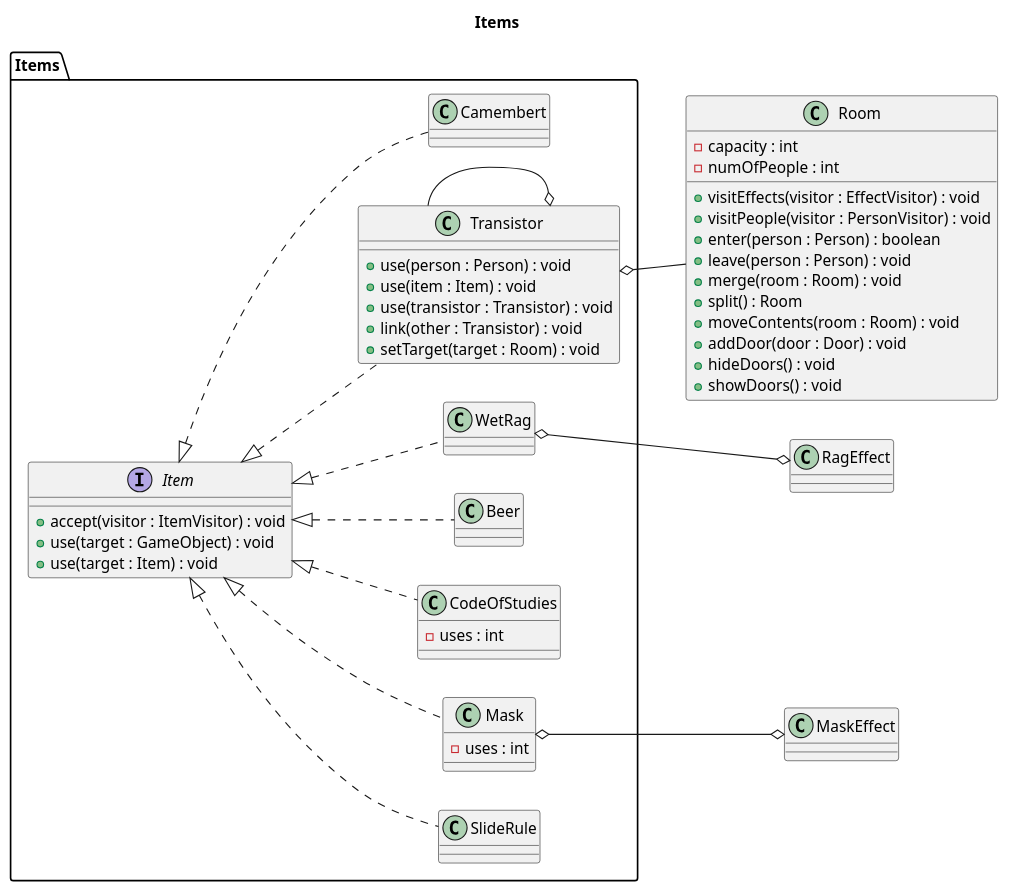
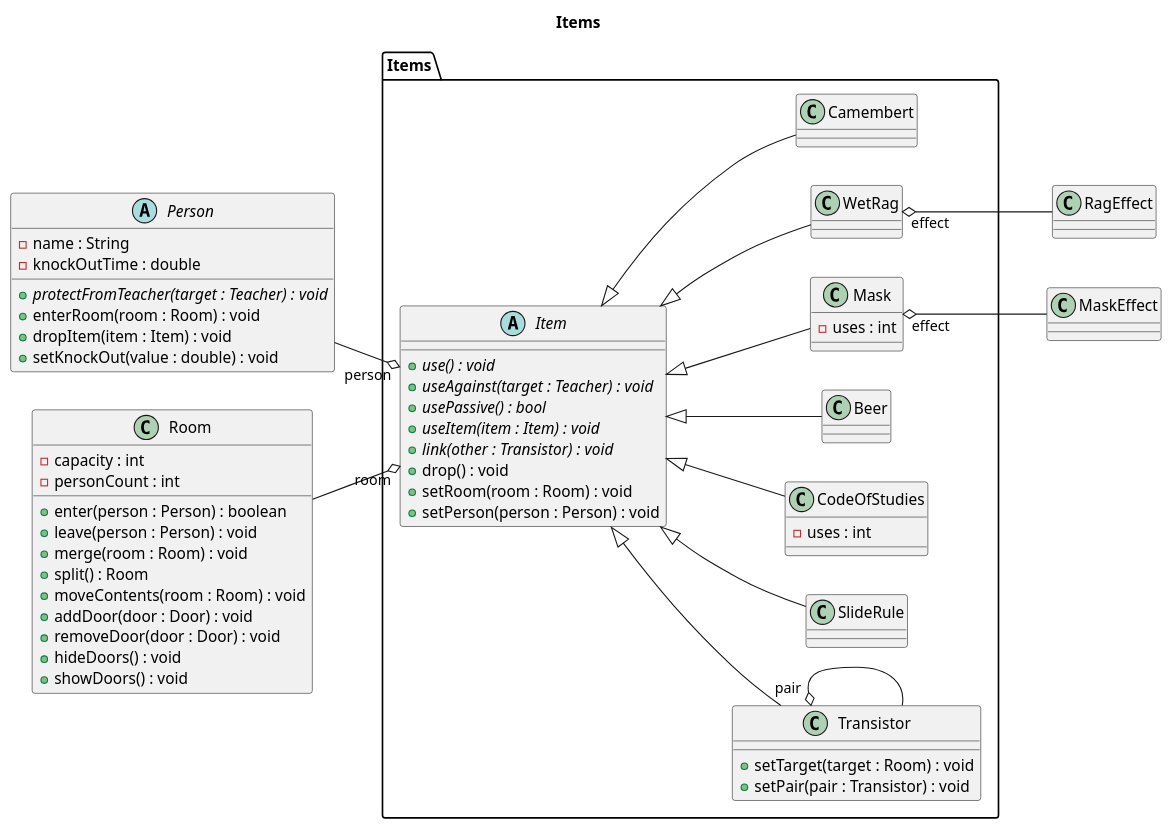
Before and after one commit to sn4k3ch4rm3r/logarlec: the diagram in docs/diagrams/class/items.puml, drawn with PlantUML. The commit also changed 2 other files, not shown here.

Commit message:
Split class diagram

```diff
--- a/docs/diagrams/class/items.puml
+++ b/docs/diagrams/class/items.puml
@@ -1,58 +1,81 @@
 @startuml items
 
 title Items
 left to right direction
+
 package Items {
-	interface Item {
-		+ accept(visitor : ItemVisitor) : void
-		+ use(target : GameObject) : void
-		+ use(target : Item) : void
+	abstract Item {
+		+ {abstract} use() : void
+		+ {abstract} useAgainst(target : Teacher) : void
+		+ {abstract} usePassive() : bool
+		+ {abstract} useItem(item : Item) : void
+		+ {abstract} link(other : Transistor) : void
+		+ drop() : void
+		+ setRoom(room : Room) : void
+		+ setPerson(person : Person) : void	
 	}
+	
 	class SlideRule
+	
 	class Transistor {
-		+ use(person : Person) : void
-		+ use(item : Item) : void
-		+ use(transistor : Transistor) : void
-		+ link(other : Transistor) : void
 		+ setTarget(target : Room) : void
+		+ setPair(pair : Transistor) : void
 	}
+	
 	class CodeOfStudies {
 		- uses : int
 	}
-	class Beer
-	class WetRag
+	
+	class Beer 
+	
+	class WetRag 
+	
 	class Mask {
 		- uses : int
 	}
+
 	class Camembert
+
+	together {
+		Item <|-- SlideRule
+		Item <|-- Transistor
+		Item <|-- CodeOfStudies
+		Item <|-- Beer
+		Item <|-- WetRag
+		Item <|-- Mask
+		Item <|-- Camembert
+	}
+
+	Transistor "pair" o- Transistor
 }
+
+abstract Person {
+	- name : String
+	- knockOutTime : double
+	+ {abstract} protectFromTeacher(target : Teacher) : void
+	+ enterRoom(room : Room) : void
+	+ dropItem(item : Item) : void
+	+ setKnockOut(value : double) : void
+}
+
 class Room {
 	- capacity : int
-	- numOfPeople : int
-	+ visitEffects(visitor : EffectVisitor) : void
-	+ visitPeople(visitor : PersonVisitor) : void
+	- personCount : int
 	+ enter(person : Person) : boolean
 	+ leave(person : Person) : void
 	+ merge(room : Room) : void
 	+ split() : Room
 	+ moveContents(room : Room) : void
 	+ addDoor(door : Door) : void
+	+ removeDoor(door : Door) : void 
 	+ hideDoors() : void
 	+ showDoors() : void
 }
 
-Item <|.- SlideRule
-Item <|.- Transistor
-Item <|.- CodeOfStudies
-Item <|.- Beer
-Item <|.- WetRag
-Item <|.- Mask
-Item <|.- Camembert
+Item "room" o-up- Room
+Item "person" o-up- Person
 
-WetRag o--o RagEffect
-Mask o--o MaskEffect
-
-Transistor --o Transistor
-Transistor o-- Room
+WetRag "effect" o-- RagEffect
+Mask "effect" o-- MaskEffect
 
 @enduml
```
